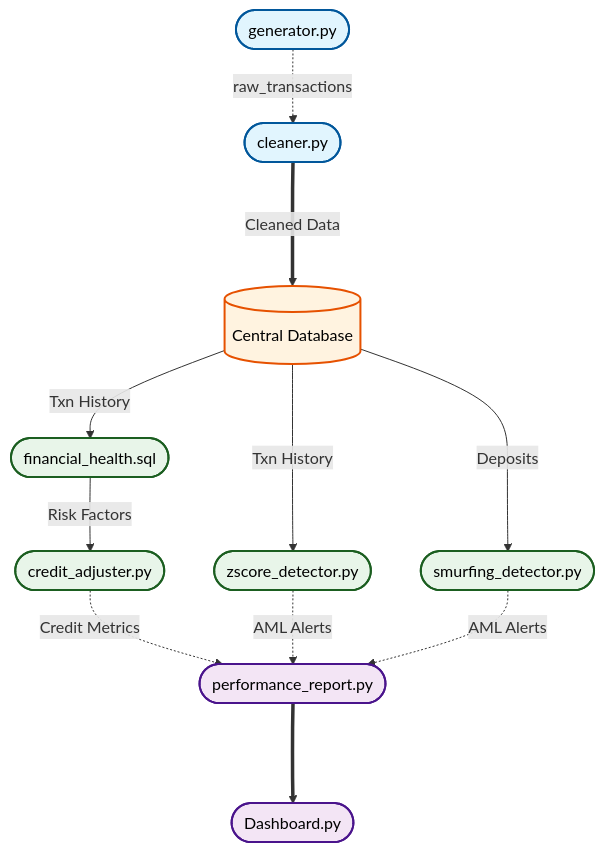
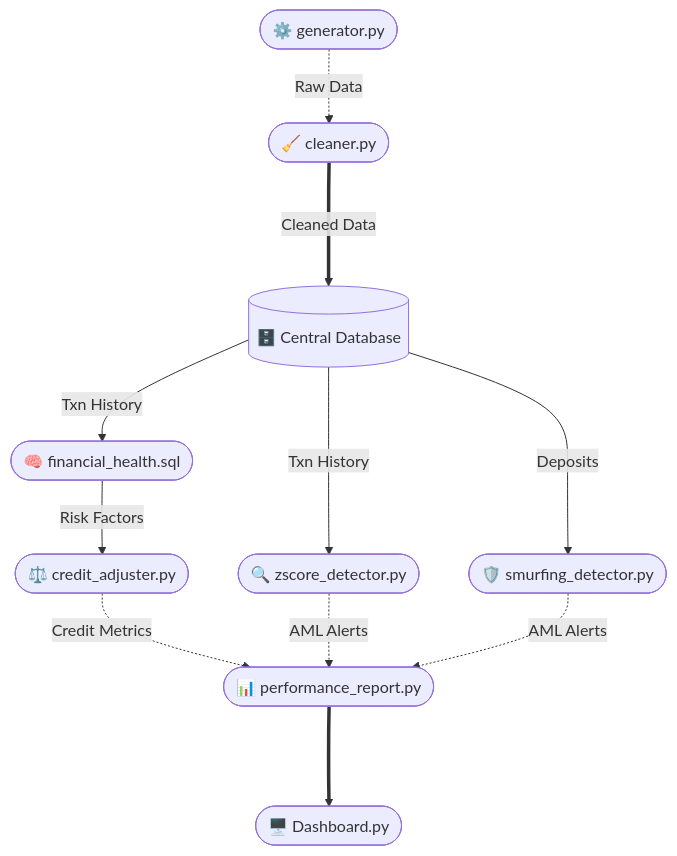
One commit to moisesvarelalopez/fintech-risk-engine changed the diagram in README.md. Above: the diagram before and after it, drawn with Mermaid.

Commit message:
docs: beautify diagram with emojis and native github styling

````diff
--- a/README.md
+++ b/README.md
@@ -17,33 +17,22 @@
 ```mermaid
-graph TD
+flowchart TD
     %% Ingestion
-    A([generator.py]) -.->|raw_transactions| B([cleaner.py])
+    A(["⚙️ generator.py"]) -.->|"Raw Data"| B(["🧹 cleaner.py"])
     
     %% Storage
-    B ===>|Cleaned Data| DB[(Central Database)]
+    B ===>|"Cleaned Data"| DB[("🗄️ Central Database")]
     
     %% Processing Branches
-    DB -->|Txn History| C([financial_health.sql])
-    C -->|Risk Factors| D([credit_adjuster.py])
+    DB -->|"Txn History"| C(["🧠 financial_health.sql"])
+    C -->|"Risk Factors"| D(["⚖️ credit_adjuster.py"])
     
-    DB -->|Txn History| E([zscore_detector.py])
-    DB -->|Deposits| F([smurfing_detector.py])
+    DB -->|"Txn History"| E(["🔍 zscore_detector.py"])
+    DB -->|"Deposits"| F(["🛡️ smurfing_detector.py"])
     
     %% Reporting
-    D -.->|Credit Metrics| R([performance_report.py])
-    E -.->|AML Alerts| R
-    F -.->|AML Alerts| R
+    D -.->|"Credit Metrics"| R(["📊 performance_report.py"])
+    E -.->|"AML Alerts"| R
+    F -.->|"AML Alerts"| R
     
-    R ===> Dash([Dashboard.py])
-
-    %% Styling
-    classDef ingest fill:#e1f5fe,stroke:#01579b,stroke-width:2px,color:#000
-    classDef db fill:#fff3e0,stroke:#e65100,stroke-width:2px,color:#000
-    classDef logic fill:#e8f5e9,stroke:#1b5e20,stroke-width:2px,color:#000
-    classDef report fill:#f3e5f5,stroke:#4a148c,stroke-width:2px,color:#000
-
-    class A,B ingest
-    class DB db
-    class C,D,E,F logic
-    class R,Dash report
+    R ===> Dash(["🖥️ Dashboard.py"])
 ```
````
